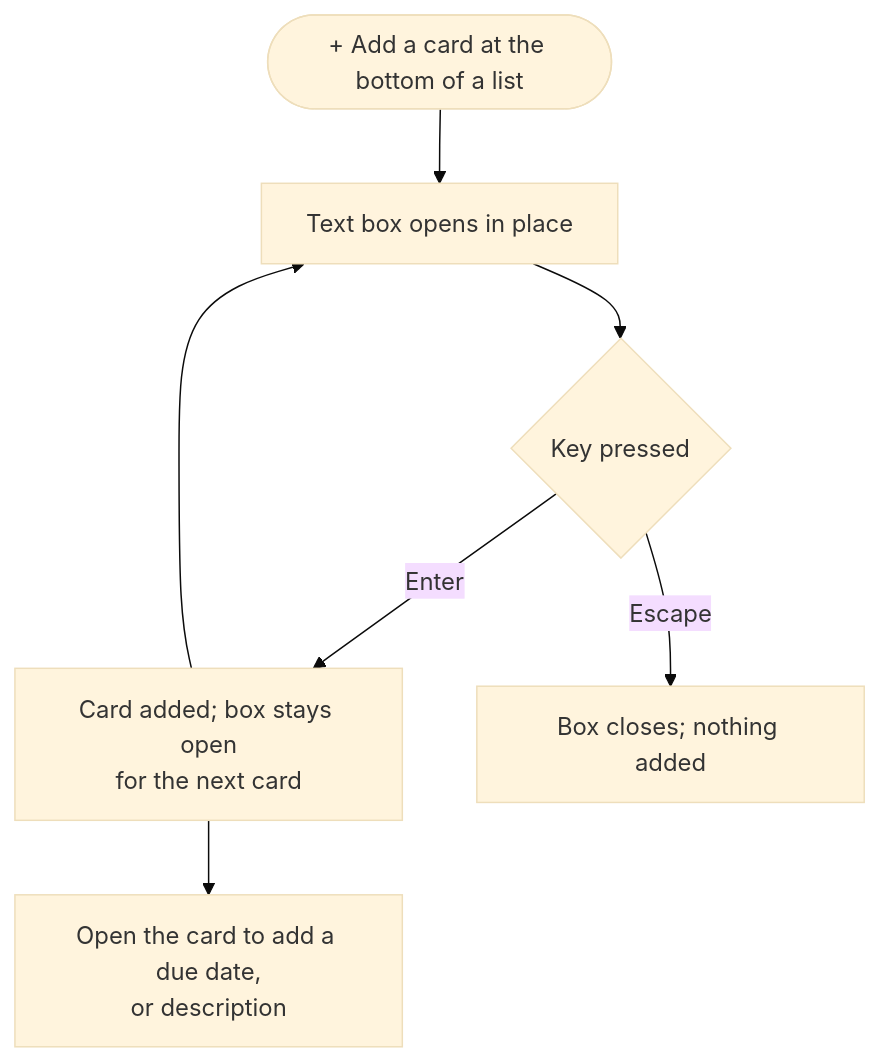
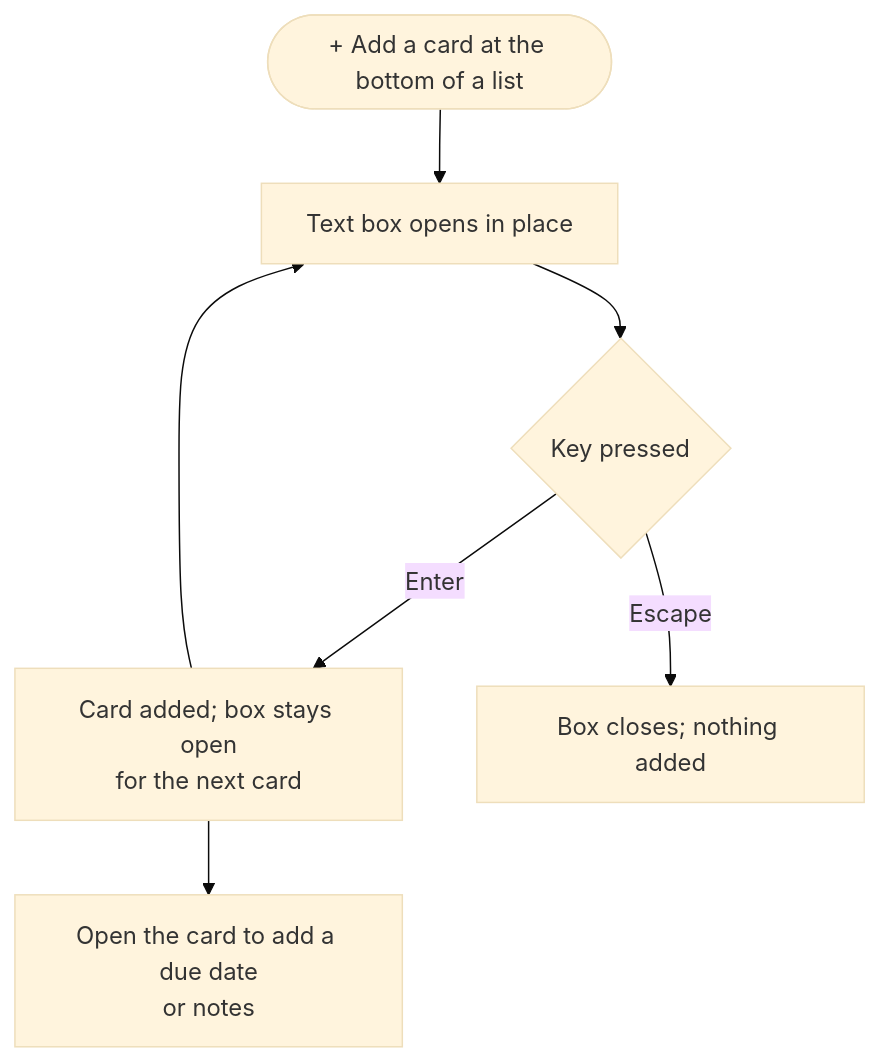
One commit to bbranton/TestProj changed the ninth of 9 diagrams in docs/canvas-portal/04-wireframes-workflows.md. Above: the diagram before and after it, drawn with Mermaid (base theme). The commit also changed other lines of this file and 4 other files, not shown here.

First line of the commit message:
Make notes dated comment-style entries, separate from the Canvas description

````diff
--- a/docs/canvas-portal/04-wireframes-workflows.md
+++ b/docs/canvas-portal/04-wireframes-workflows.md
@@ -459,9 +479,9 @@
 ```mermaid
 flowchart TD
     A([+ Add a card at the bottom of a list]) --> B[Text box opens in place]
     B --> C{Key pressed}
     C -- Enter --> D[Card added; box stays open<br/>for the next card]
     D --> B
     C -- Escape --> E[Box closes; nothing added]
-    D --> F[Open the card to add a due date,<br/>or description]
+    D --> F[Open the card to add a due date<br/>or notes]
 ```
````
